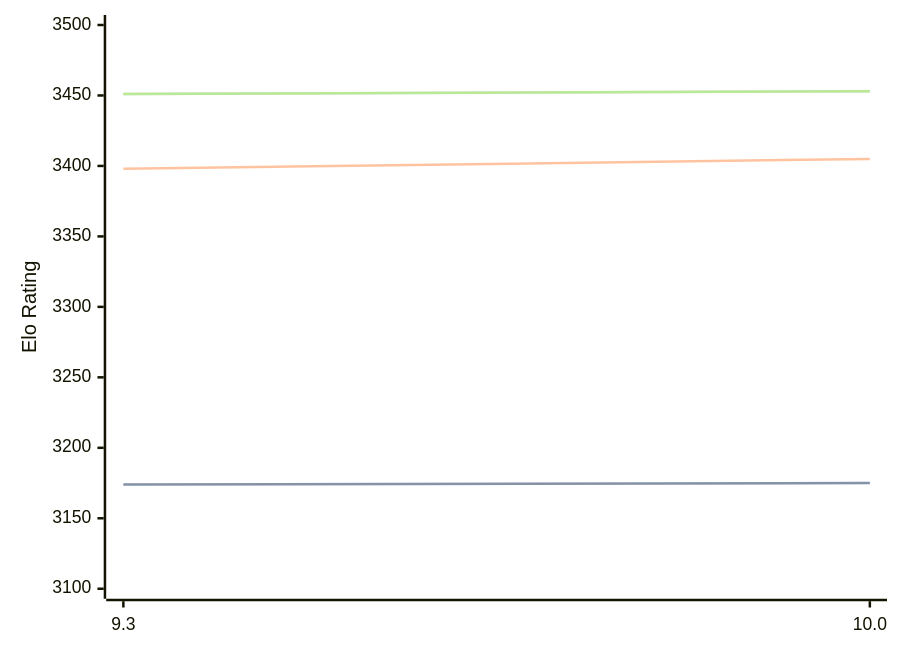
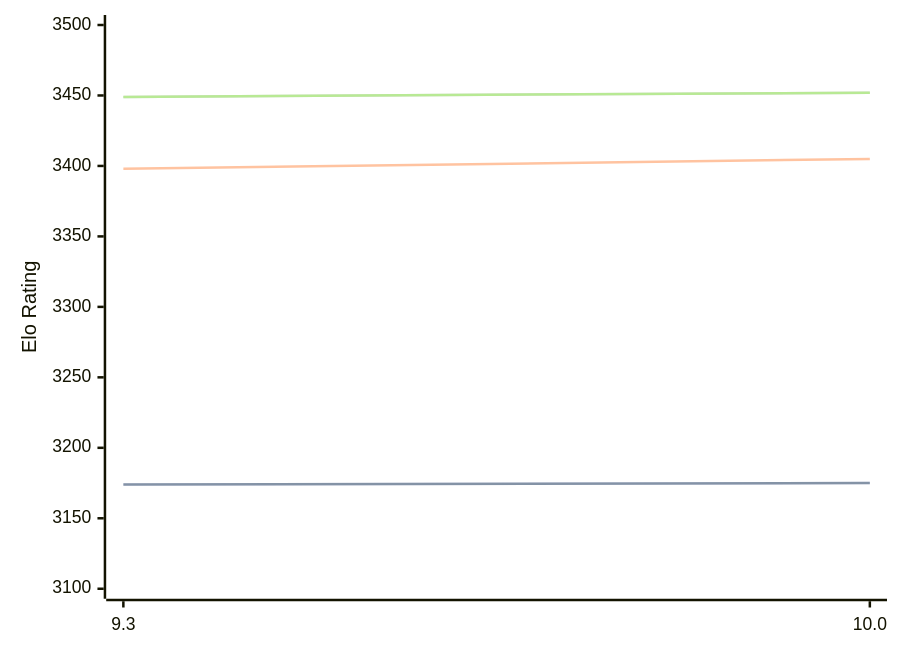
The diagram in engines/Fire.md (computer-chess-index/cci), drawn with Mermaid before and after one commit. The commit also changed other lines of this file, not shown here.

Commit message:
Update CCI Ratings (ELO VLTC) - 2026-03-22

````diff
--- a/engines/Fire.md
+++ b/engines/Fire.md
@@ -47,11 +47,11 @@
 ```mermaid
 %%{init: {"theme":"base","themeVariables":{"seriesColors:['#a3a3a3','#222221','#faa371']}}}%%
 xychart-beta
   x-axis ["9.3", "10.0"]
   y-axis "Elo Rating" 3100 --> 3500
   line "STC (8.0+0.08s)" [3174, 3175]
   line "STC (8.0+0.08s)" [3174, 3175]
   line "LTC (60.0+0.60s)" [3398, 3405]
-  line "VLTC (2m24s+1.12s)" [3451, 3453]
-  line "VLTC (2m24s+1.12s)" [3451, 3453]
+  line "VLTC (2m24s+1.12s)" [3449, 3452]
+  line "VLTC (2m24s+1.12s)" [3449, 3452]
 ```
````
